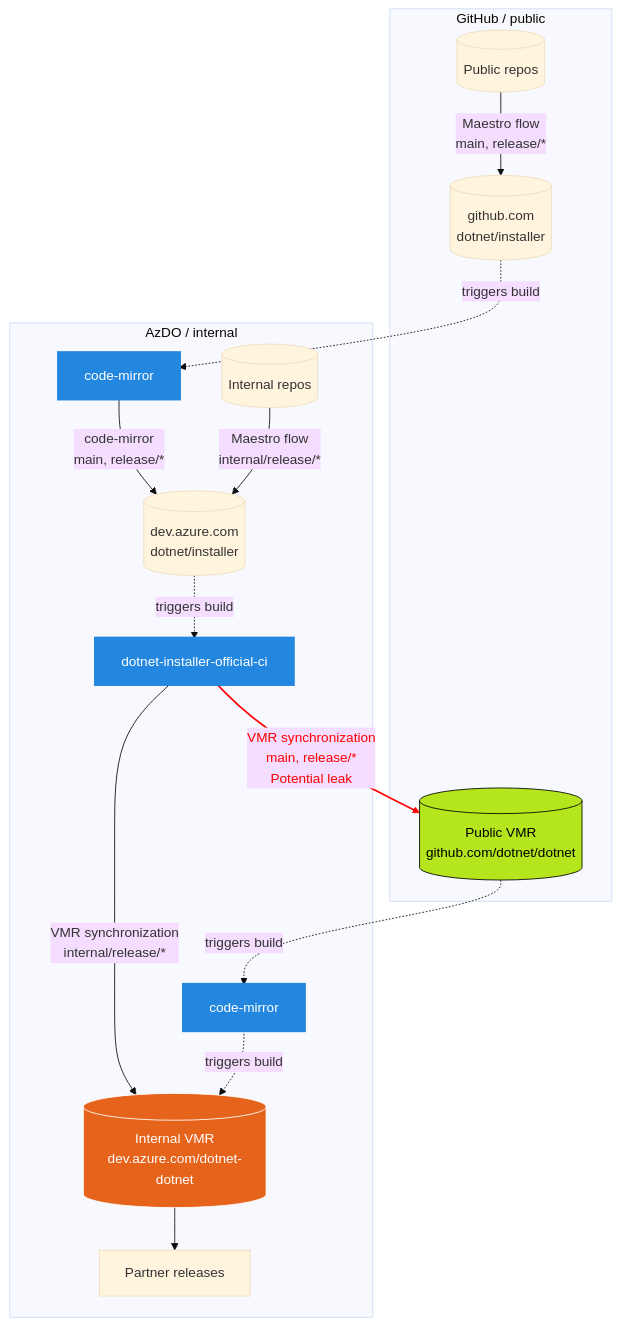
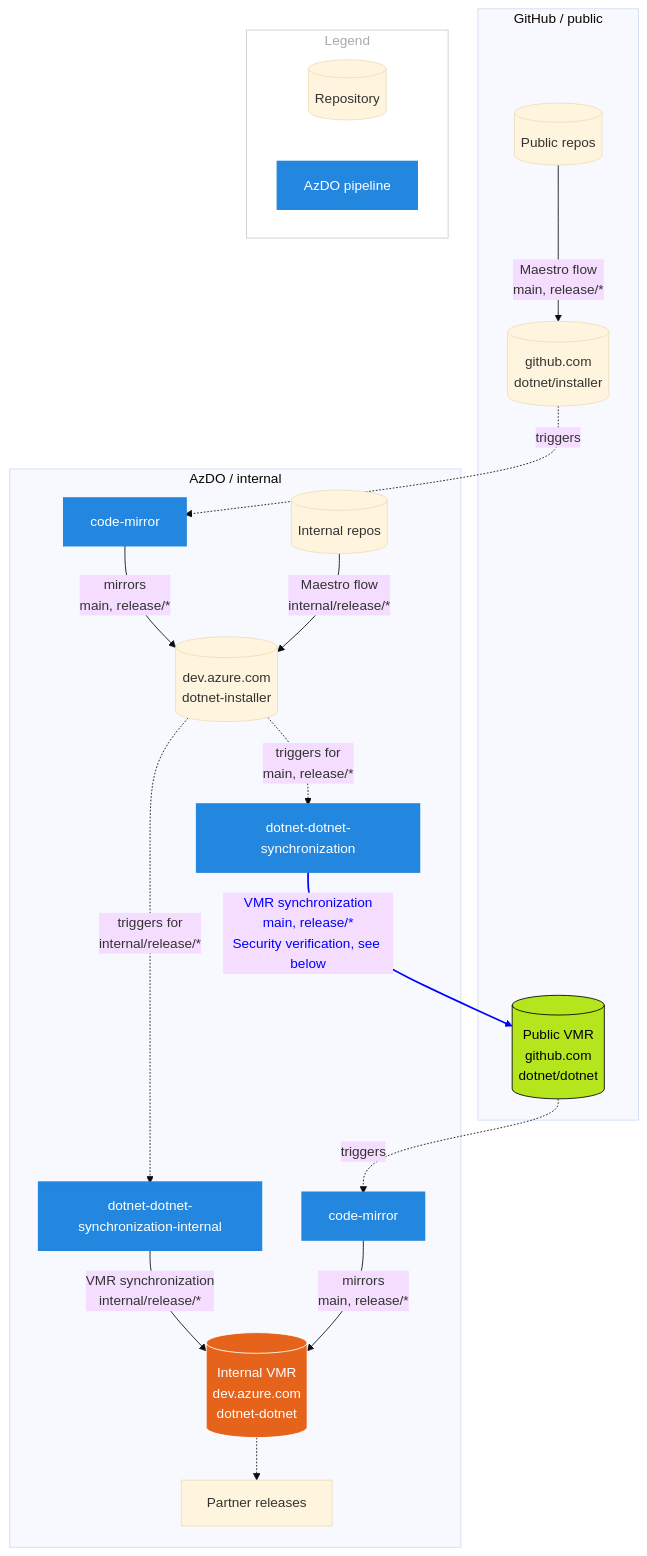
One commit to dotnet/arcade changed the fifth of 5 diagrams in Documentation/UnifiedBuild/VMR-Code-And-Build-Workflow.md. Above: the diagram before and after it, drawn with Mermaid (base theme). The commit also changed other lines of this file, not shown here.

Commit message:
Update the VMR internal code flow diagram (#12533)

````diff
--- a/Documentation/UnifiedBuild/VMR-Code-And-Build-Workflow.md
+++ b/Documentation/UnifiedBuild/VMR-Code-And-Build-Workflow.md
@@ -209,39 +209,49 @@
 ```mermaid
 flowchart TD
+
     subgraph GitHub / public
         PublicRepos[(Public repos)]
         PublicInstaller[(github.com\ndotnet/installer)]
-        PublicVMR[(Public VMR\ngithub.com/dotnet/dotnet)]
+        PublicVMR[(Public VMR\ngithub.com\ndotnet/dotnet)]
         PublicRepos-- Maestro flow\nmain, release/* -->PublicInstaller
     end
 
-    PublicInstaller-.triggers build.->CodeMirror
-    PublicVMR-.triggers build.->CodeMirror2
+    subgraph Legend
+        LegendRepo[(Repository)]
+        LegendPipeline[AzDO pipeline]
+    end
+
+    PublicInstaller-.triggers.->CodeMirror
+    PublicVMR-.triggers.->CodeMirror2
 
     subgraph AzDO / internal
         InternalRepos[(Internal repos)]
-        InternalInstaller[(dev.azure.com\ndotnet/installer)]
-        InternalVMR[(Internal VMR\ndev.azure.com/dotnet-dotnet)]
+        InternalInstaller[(dev.azure.com\ndotnet-installer)]
+        InternalVMR[(Internal VMR\ndev.azure.com\ndotnet-dotnet)]
         CodeMirror[code-mirror]
         CodeMirror2[code-mirror]
-        InstallerBuild[dotnet-installer-official-ci]
+        VmrSync[dotnet-dotnet-synchronization]
+        VmrSyncInternal[dotnet-dotnet-synchronization-internal]
         Releases[Partner releases]
 
-        CodeMirror-- code-mirror\nmain, release/* -->InternalInstaller
+        CodeMirror-- mirrors\nmain, release/* -->InternalInstaller
         InternalRepos-- Maestro flow\ninternal/release/* -->InternalInstaller
-        InternalInstaller-.triggers build.->InstallerBuild
-        InstallerBuild-- VMR synchronization\ninternal/release/* -->InternalVMR
-        InstallerBuild-- VMR synchronization\nmain, release/*\nPotential leak -->PublicVMR
-        CodeMirror2-.triggers build.->InternalVMR
-        InternalVMR-->Releases
+        InternalInstaller-.triggers for\nmain, release/*.->VmrSync
+        InternalInstaller-.triggers for\ninternal/release/*.->VmrSyncInternal
+        VmrSyncInternal-- VMR synchronization\ninternal/release/* -->InternalVMR
+        VmrSync-- VMR synchronization\nmain, release/*\nSecurity verification, see below -->PublicVMR
+        CodeMirror2-- mirrors\nmain, release/* -->InternalVMR
+        InternalVMR-.->Releases
     end
 
-    class CodeMirror,CodeMirror2,InstallerBuild Build;
+    class CodeMirror,CodeMirror2,VmrSync,VmrSyncInternal,LegendPipeline Build;
     class PublicVMR PublicVMR_;
     class InternalVMR InternalVMR_;
+    class Legend LegendStyle;
 
     classDef Build fill:#2487DF,stroke:#2487DF,stroke-width:4px,color:#fff;
     classDef PublicVMR_ fill:#B5E61D,stroke:#000,color:#000;
     classDef InternalVMR_ fill:#E6631C,stroke:#fff,color:#fff;
-    linkStyle 7 stroke-width:2px,fill:none,stroke:red,color:red;
+    classDef LegendStyle fill:#fff,stroke:#ccc,color:#aaa;
+    linkStyle 8 stroke-width:2px,fill:none,stroke:blue,color:blue;
 ```
````
